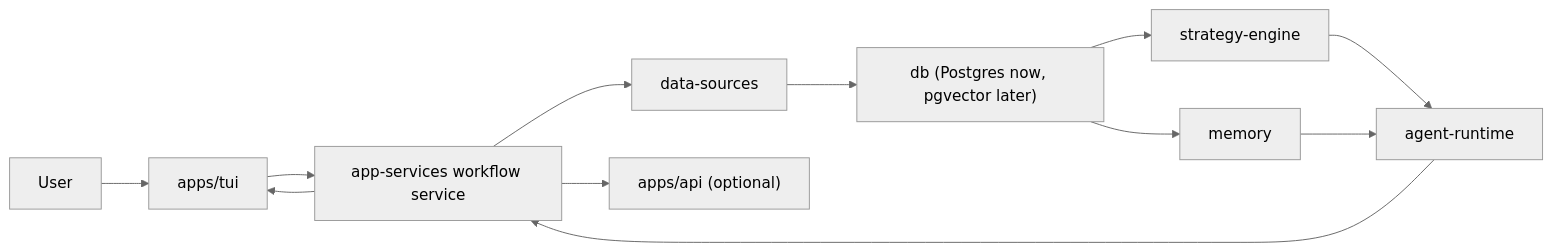
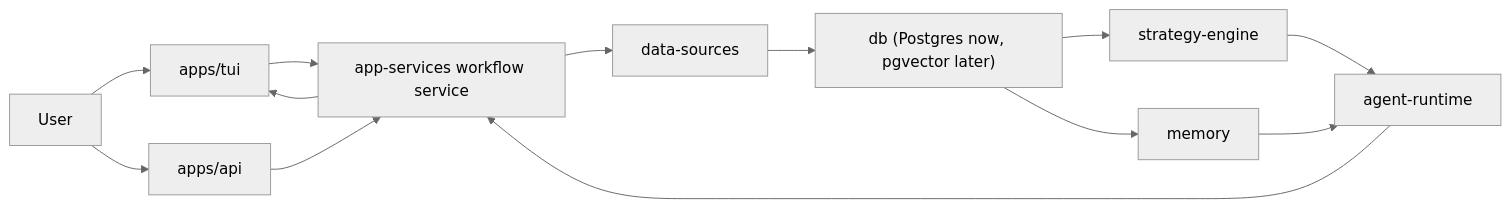
One commit to decocereus/tradeai changed the first of 5 diagrams in docs/architecture.md. Above: the diagram before and after it, drawn with Mermaid (neutral theme). The commit also changed other lines of this file and 9 other files, not shown here.

````diff
--- a/docs/architecture.md
+++ b/docs/architecture.md
@@ -16,14 +16,15 @@
 ```mermaid
 flowchart LR
     U["User"] --> T["apps/tui"]
+    U --> API["apps/api"]
     T --> S["app-services workflow service"]
+    API --> S
     S --> DS["data-sources"]
     DS --> DB["db (Postgres now, pgvector later)"]
     DB --> ST["strategy-engine"]
     DB --> M["memory"]
     ST --> A["agent-runtime"]
     M --> A
     A --> S
     S --> T
-    S --> API["apps/api (optional)"]
 ```
````
